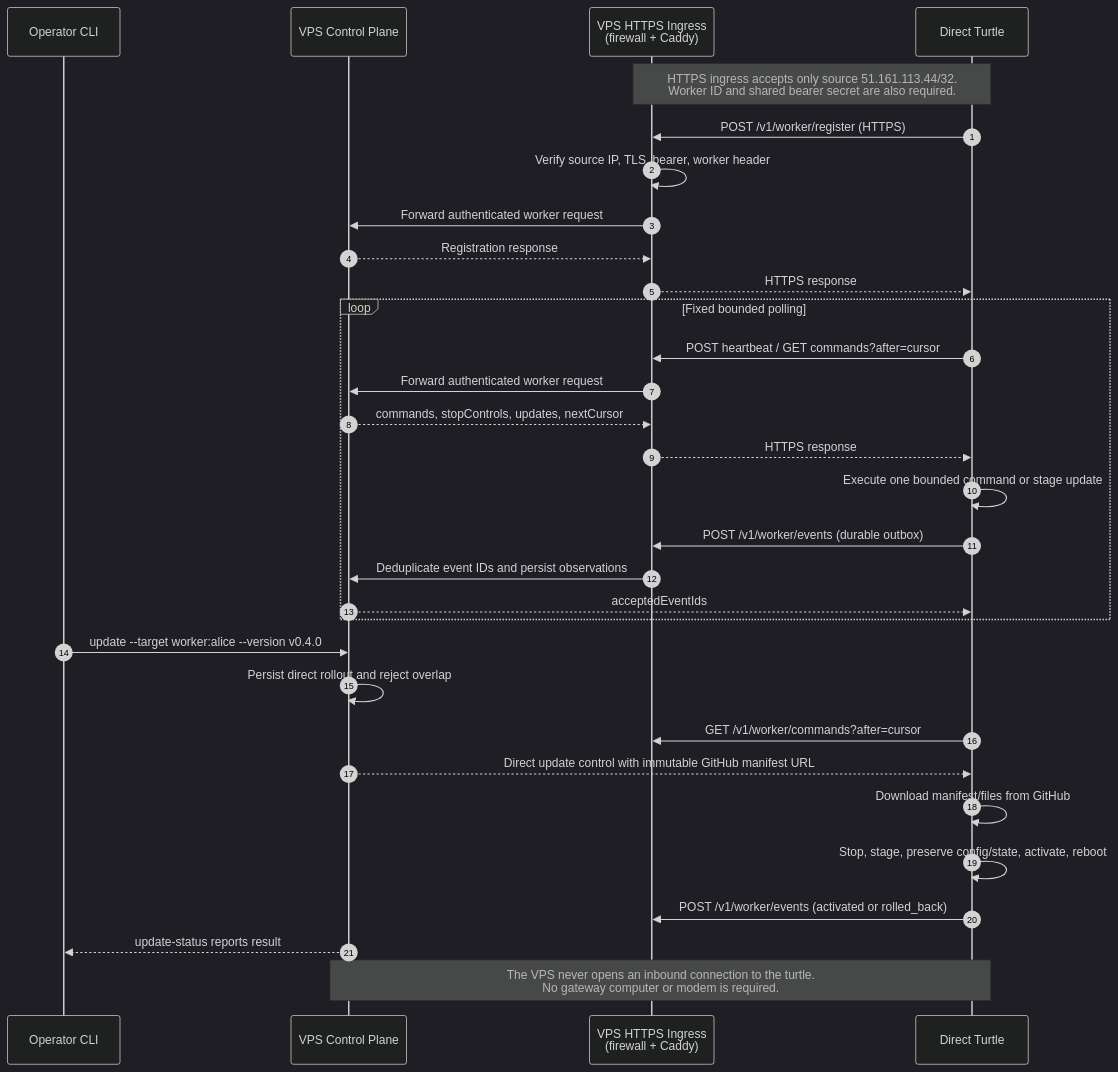
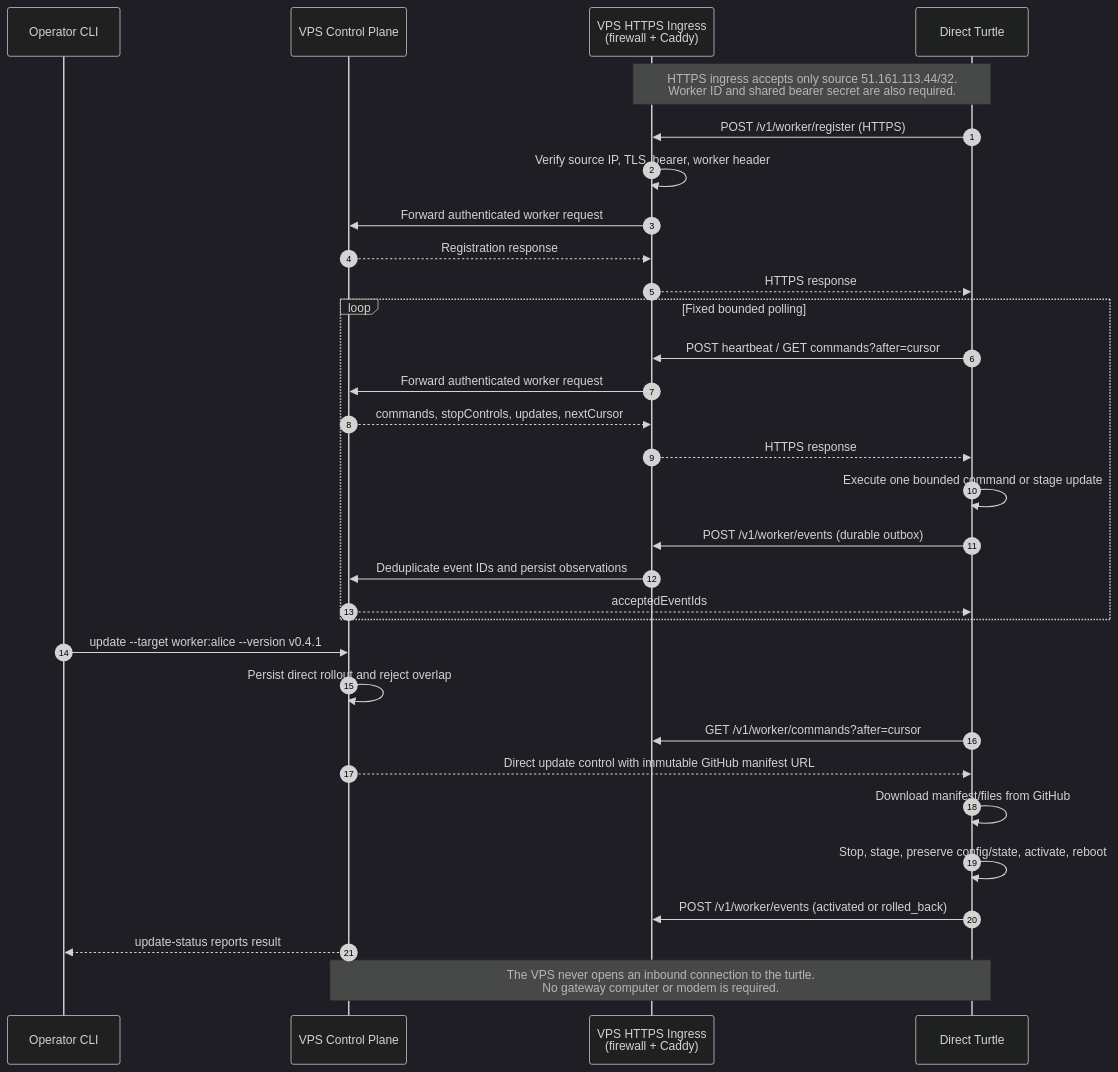
The second of 2 diagrams in docs/20-CONNECTIVITY-SEQUENCE.md (1112zakaria/computercraft-agents), drawn with Mermaid (dark theme) before and after one commit. The commit also changed 6 other files, not shown here.

````diff
--- a/docs/20-CONNECTIVITY-SEQUENCE.md
+++ b/docs/20-CONNECTIVITY-SEQUENCE.md
@@ -68,38 +68,38 @@
 ```mermaid
 sequenceDiagram
     autonumber
     participant O as Operator CLI
     participant V as VPS Control Plane
     participant I as VPS HTTPS Ingress<br/>(firewall + Caddy)
     participant T as Direct Turtle
 
     Note over I,T: HTTPS ingress accepts only source 51.161.113.44/32.<br/>Worker ID and shared bearer secret are also required.
 
     T->>I: POST /v1/worker/register (HTTPS)
     I->>I: Verify source IP, TLS, bearer, worker header
     I->>V: Forward authenticated worker request
     V-->>I: Registration response
     I-->>T: HTTPS response
 
     loop Fixed bounded polling
         T->>I: POST heartbeat / GET commands?after=cursor
         I->>V: Forward authenticated worker request
         V-->>I: commands, stopControls, updates, nextCursor
         I-->>T: HTTPS response
         T->>T: Execute one bounded command or stage update
         T->>I: POST /v1/worker/events (durable outbox)
         I->>V: Deduplicate event IDs and persist observations
         V-->>T: acceptedEventIds
     end
 
-    O->>V: update --target worker:alice --version v0.4.0
+    O->>V: update --target worker:alice --version v0.4.1
     V->>V: Persist direct rollout and reject overlap
     T->>I: GET /v1/worker/commands?after=cursor
     V-->>T: Direct update control with immutable GitHub manifest URL
     T->>T: Download manifest/files from GitHub
     T->>T: Stop, stage, preserve config/state, activate, reboot
     T->>I: POST /v1/worker/events (activated or rolled_back)
     V-->>O: update-status reports result
 
     Note over V,T: The VPS never opens an inbound connection to the turtle.<br/>No gateway computer or modem is required.
 ```
````
